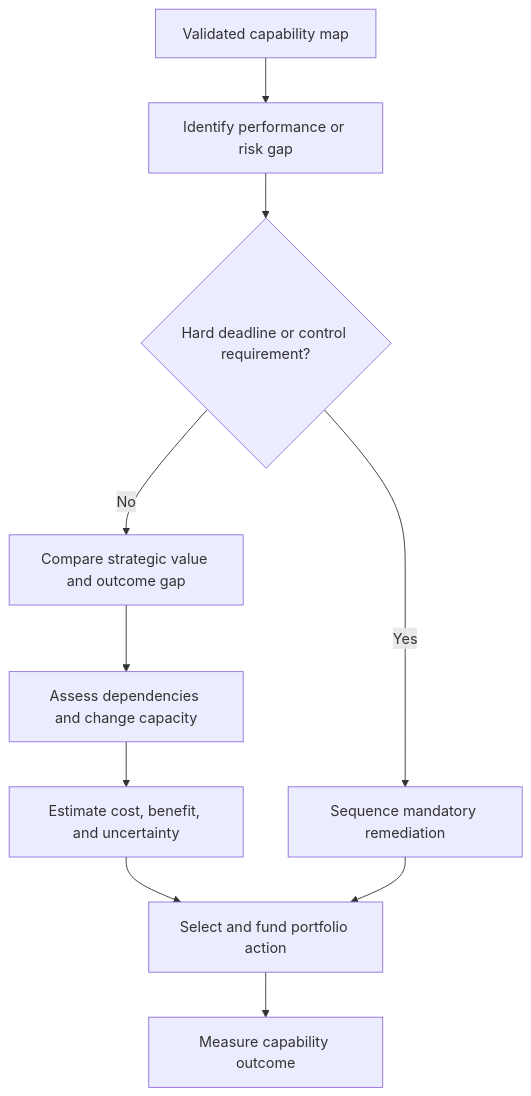
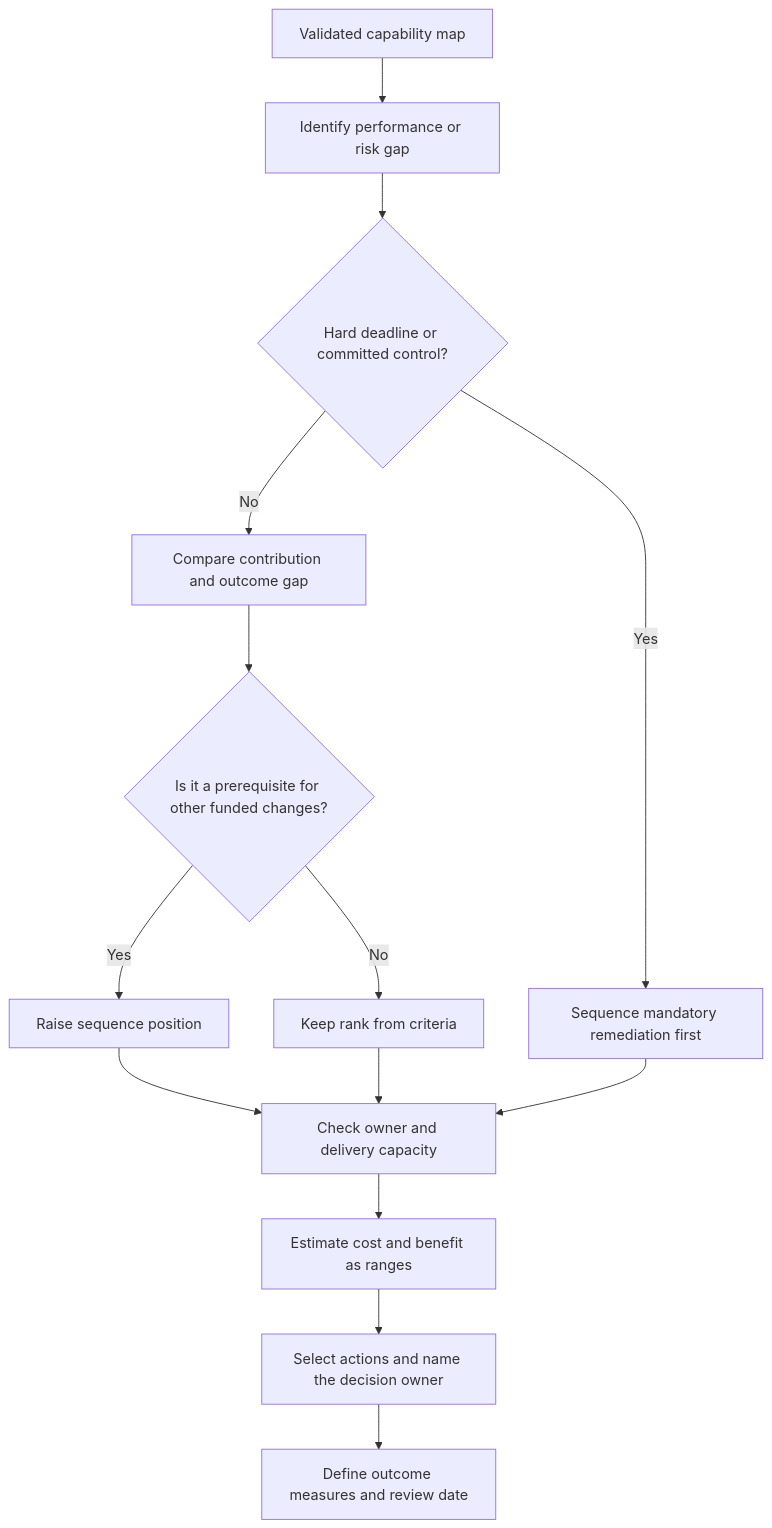
One commit to joydasss/Architect changed the sixth of 10 diagrams in 18_Enterprise_Architecture/CH11_Capability_Mapping.md. Above: the diagram before and after it, drawn with Mermaid. The commit also changed other lines of this file and 22 other files, not shown here.

Commit message:
Architecture changes

````diff
--- a/18_Enterprise_Architecture/CH11_Capability_Mapping.md
+++ b/18_Enterprise_Architecture/CH11_Capability_Mapping.md
@@ -73,12 +441,16 @@
 ```mermaid
 flowchart TD
-    Map[Validated capability map] --> Need[Identify performance or risk gap]
-    Need --> Constraint{Hard deadline or control requirement?}
-    Constraint -->|Yes| Required[Sequence mandatory remediation]
-    Constraint -->|No| Compare[Compare strategic value and outcome gap]
-    Compare --> Dependencies[Assess dependencies and change capacity]
-    Dependencies --> Economics[Estimate cost, benefit, and uncertainty]
-    Economics --> Portfolio[Select and fund portfolio action]
-    Required --> Portfolio
-    Portfolio --> Measure[Measure capability outcome]
+    Map["Validated capability map"] --> Gap["Identify performance or risk gap"]
+    Gap --> Hard{"Hard deadline or committed control?"}
+    Hard -->|Yes| Mandatory["Sequence mandatory remediation first"]
+    Hard -->|No| Compare["Compare contribution and outcome gap"]
+    Compare --> Dep{"Is it a prerequisite for other funded changes?"}
+    Dep -->|Yes| Lift["Raise sequence position"]
+    Dep -->|No| Keep["Keep rank from criteria"]
+    Lift --> Capacity["Check owner and delivery capacity"]
+    Keep --> Capacity
+    Mandatory --> Capacity
+    Capacity --> Range["Estimate cost and benefit as ranges"]
+    Range --> Select["Select actions and name the decision owner"]
+    Select --> Measure["Define outcome measures and review date"]
 ```
````
